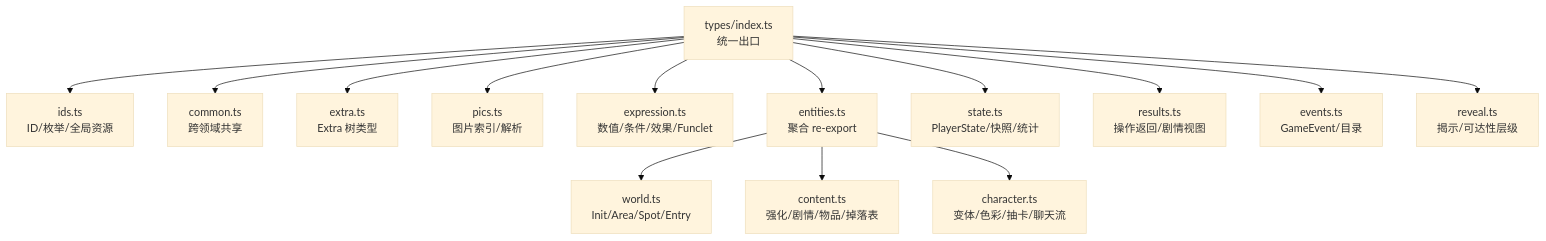
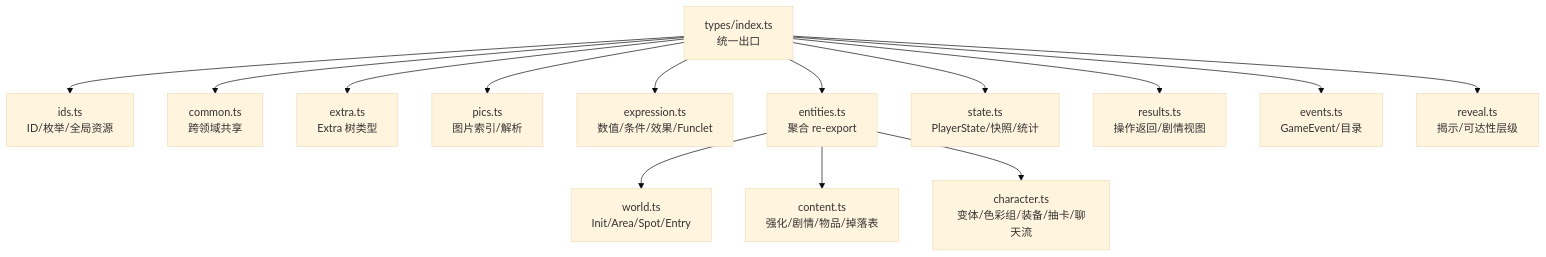
The first of 8 diagrams in .qoder/repowiki/zh/content/数据系统/类型系统.md (EsiLA9/Arona-Clicker), drawn with Mermaid (base theme) before and after one commit. The commit also changed other lines of this file and 76 other files, not shown here.

````diff
--- a/.qoder/repowiki/zh/content/数据系统/类型系统.md
+++ b/.qoder/repowiki/zh/content/数据系统/类型系统.md
@@ -48,16 +59,16 @@
 ```mermaid
 graph TB
 A["types/index.ts<br/>统一出口"] --> B["ids.ts<br/>ID/枚举/全局资源"]
 A --> C["common.ts<br/>跨领域共享"]
 A --> D["extra.ts<br/>Extra 树类型"]
 A --> E["pics.ts<br/>图片索引/解析"]
 A --> F["expression.ts<br/>数值/条件/效果/Funclet"]
 A --> G["entities.ts<br/>聚合 re-export"]
 G --> H["world.ts<br/>Init/Area/Spot/Entry"]
 G --> I["content.ts<br/>强化/剧情/物品/掉落表"]
-G --> J["character.ts<br/>变体/色彩/抽卡/聊天流"]
+G --> J["character.ts<br/>变体/色彩组/装备/抽卡/聊天流"]
 A --> K["state.ts<br/>PlayerState/快照/统计"]
 A --> L["results.ts<br/>操作返回/剧情视图"]
 A --> M["events.ts<br/>GameEvent/目录"]
 A --> N["reveal.ts<br/>揭示/可达性层级"]
 ```
````
